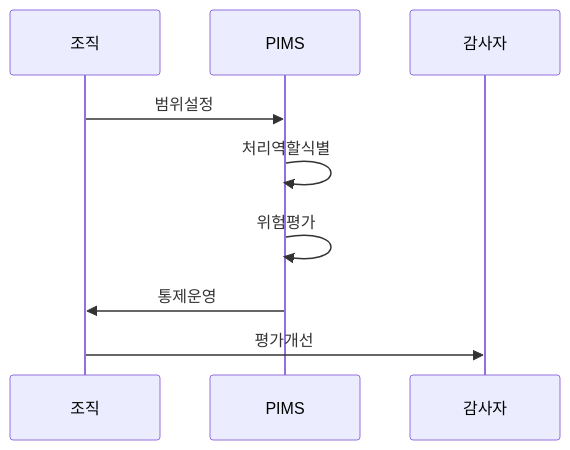
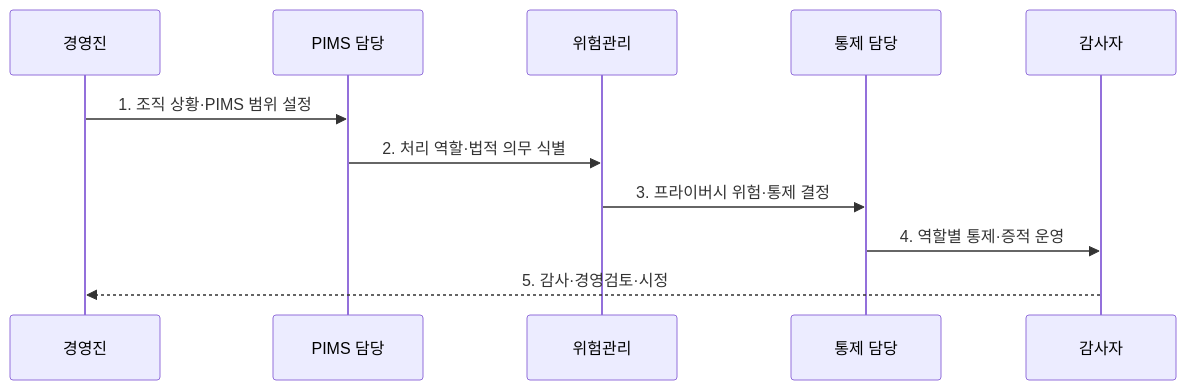
Before and after one commit to agnusdei1207/knowledge-base: the second of 2 diagrams in src/content/docs/notes/05-security/107_iso_27701.md, drawn with Mermaid. The commit also changed other lines of this file and 6 other files, not shown here.

````diff
--- a/src/content/docs/notes/05-security/107_iso_27701.md
+++ b/src/content/docs/notes/05-security/107_iso_27701.md
@@ -74,11 +77,13 @@
 ```mermaid
 sequenceDiagram
-  participant O as 조직
-  participant P as PIMS
+  participant O as 경영진
+  participant P as PIMS 담당
+  participant R as 위험관리
+  participant C as 통제 담당
   participant A as 감사자
-  O->>P: 범위설정
-  P->>P: 처리역할식별
-  P->>P: 위험평가
-  P->>O: 통제운영
-  O->>A: 평가개선
+  O->>P: 1. 조직 상황·PIMS 범위 설정
+  P->>R: 2. 처리 역할·법적 의무 식별
+  R->>C: 3. 프라이버시 위험·통제 결정
+  C->>A: 4. 역할별 통제·증적 운영
+  A-->>O: 5. 감사·경영검토·시정
 ```
````
